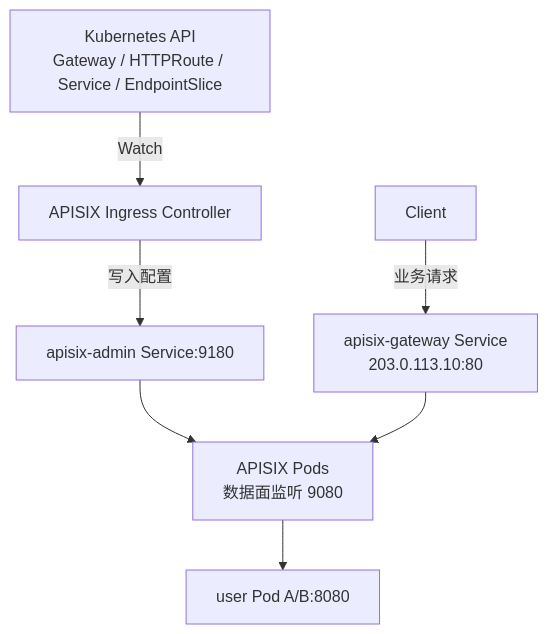
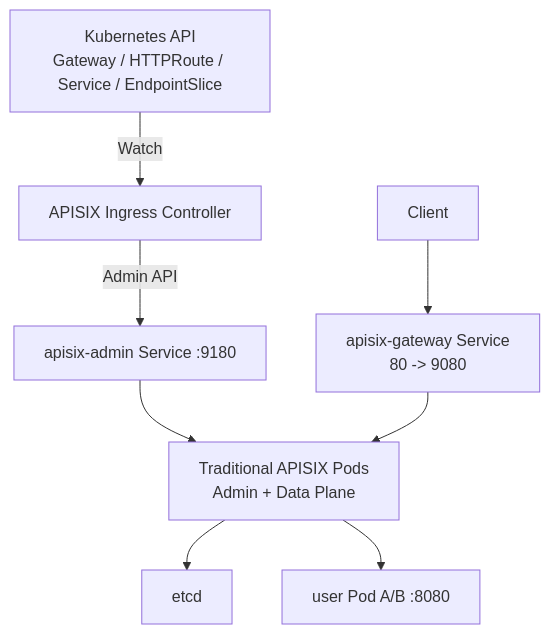
One commit to hotttao/ddd-learn changed the first of 2 diagrams in docs/wiki/gateway/003_apisix.md. Above: the diagram before and after it, drawn with Mermaid. The commit also changed other lines of this file and 3 other files, not shown here.

````diff
--- a/docs/wiki/gateway/003_apisix.md
+++ b/docs/wiki/gateway/003_apisix.md
@@ -64,17 +199,19 @@
 ```mermaid
 flowchart TB
     API[Kubernetes API<br/>Gateway / HTTPRoute / Service / EndpointSlice]
     IC[APISIX Ingress Controller]
-    ADMIN[apisix-admin Service:9180]
-    AP[APISIX Pods<br/>数据面监听 9080]
-    GW[apisix-gateway Service<br/>203.0.113.10:80]
+    ADMIN[apisix-admin Service :9180]
+    AP[Traditional APISIX Pods<br/>Admin + Data Plane]
+    ETCD[etcd]
+    GW[apisix-gateway Service<br/>80 -> 9080]
     C[Client]
-    U[user Pod A/B:8080]
+    U[user Pod A/B :8080]
 
     API -->|Watch| IC
-    IC -->|写入配置| ADMIN
+    IC -->|Admin API| ADMIN
     ADMIN --> AP
-    C -->|业务请求| GW
+    AP --> ETCD
+    C --> GW
     GW --> AP
     AP --> U
 ```
````
